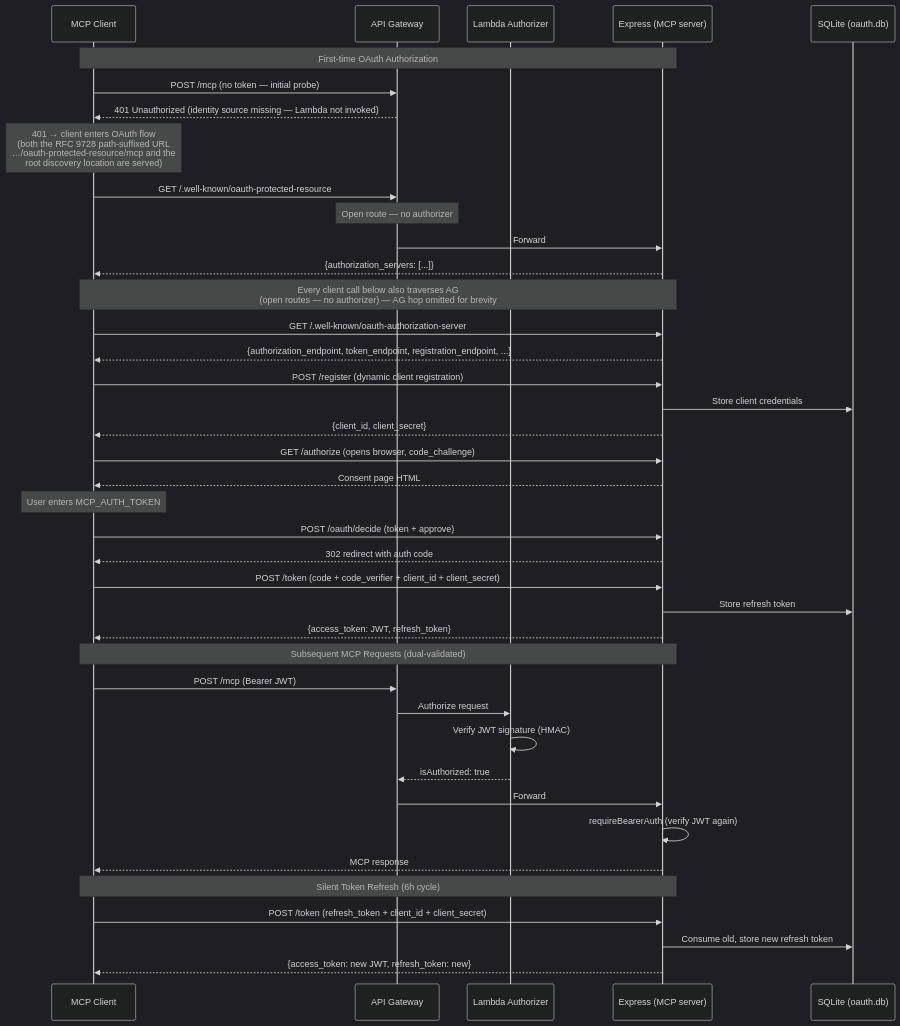
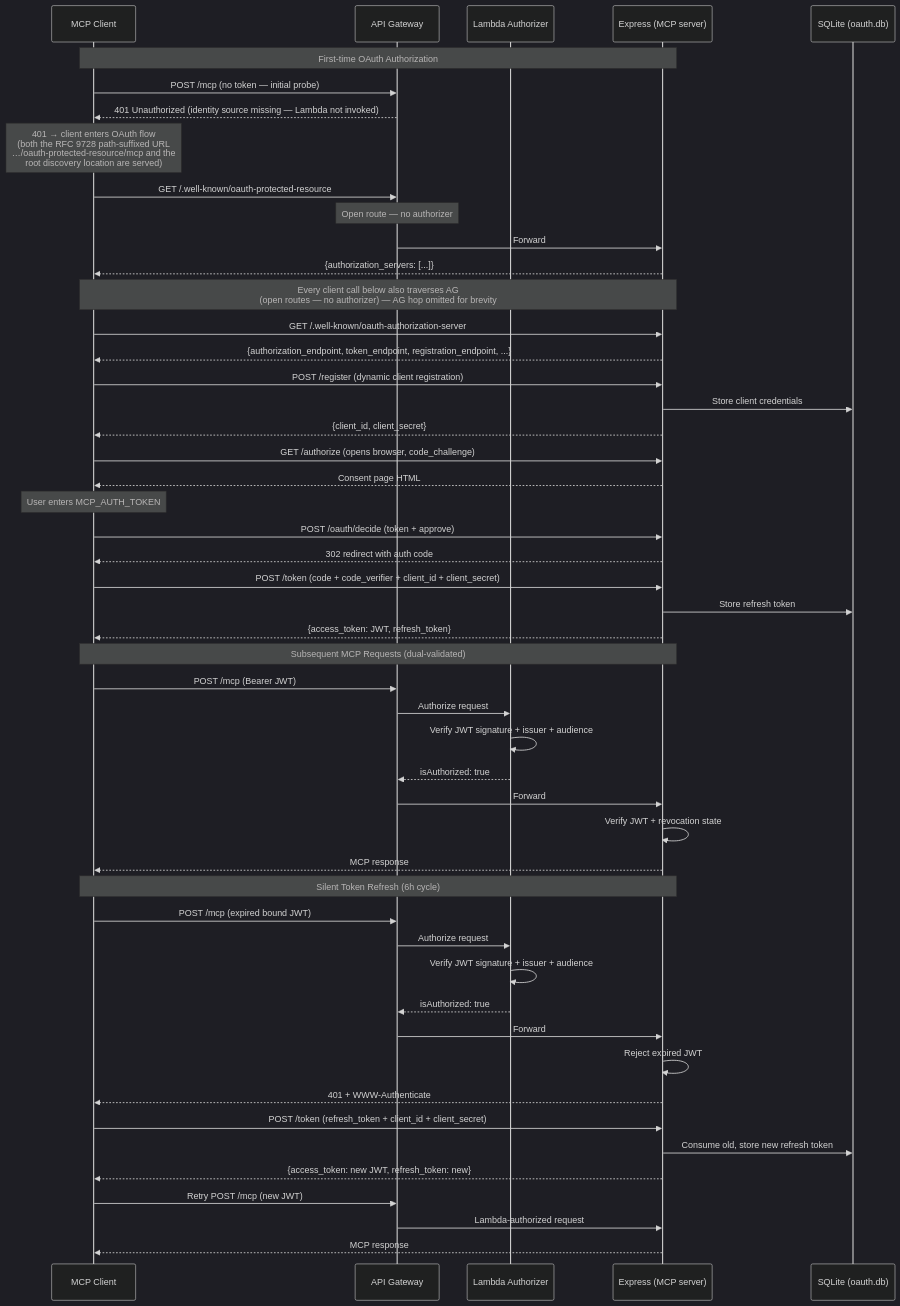
One commit to aliasunder/vault-cortex changed the fourth of 6 diagrams in ARCHITECTURE.md. Above: the diagram before and after it, drawn with Mermaid (dark theme). The commit also changed other lines of this file and 5 other files, not shown here.

Commit message:
fix(auth): challenge expired access tokens

````diff
--- a/ARCHITECTURE.md
+++ b/ARCHITECTURE.md
@@ -607,49 +612,59 @@
 ```mermaid
 sequenceDiagram
     participant C as MCP Client
     participant AG as API Gateway
     participant L as Lambda Authorizer
     participant E as Express (MCP server)
     participant DB as SQLite (oauth.db)
 
     Note over C,E: First-time OAuth Authorization
     C->>AG: POST /mcp (no token — initial probe)
     AG-->>C: 401 Unauthorized (identity source missing — Lambda not invoked)
     Note over C: 401 → client enters OAuth flow<br/>(both the RFC 9728 path-suffixed URL<br/>…/oauth-protected-resource/mcp and the<br/>root discovery location are served)
     C->>AG: GET /.well-known/oauth-protected-resource
     Note over AG: Open route — no authorizer
     AG->>E: Forward
     E-->>C: {authorization_servers: [...]}
 
     Note over C,E: Every client call below also traverses AG<br/>(open routes — no authorizer) — AG hop omitted for brevity
     C->>E: GET /.well-known/oauth-authorization-server
     E-->>C: {authorization_endpoint, token_endpoint, registration_endpoint, ...}
 
     C->>E: POST /register (dynamic client registration)
     E->>DB: Store client credentials
     E-->>C: {client_id, client_secret}
 
     C->>E: GET /authorize (opens browser, code_challenge)
     E-->>C: Consent page HTML
     Note over C: User enters MCP_AUTH_TOKEN
     C->>E: POST /oauth/decide (token + approve)
     E-->>C: 302 redirect with auth code
 
     C->>E: POST /token (code + code_verifier + client_id + client_secret)
     E->>DB: Store refresh token
     E-->>C: {access_token: JWT, refresh_token}
 
     Note over C,E: Subsequent MCP Requests (dual-validated)
     C->>AG: POST /mcp (Bearer JWT)
     AG->>L: Authorize request
-    L->>L: Verify JWT signature (HMAC)
+    L->>L: Verify JWT signature + issuer + audience
     L-->>AG: isAuthorized: true
     AG->>E: Forward
-    E->>E: requireBearerAuth (verify JWT again)
+    E->>E: Verify JWT + revocation state
     E-->>C: MCP response
 
     Note over C,E: Silent Token Refresh (6h cycle)
+    C->>AG: POST /mcp (expired bound JWT)
+    AG->>L: Authorize request
+    L->>L: Verify JWT signature + issuer + audience
+    L-->>AG: isAuthorized: true
+    AG->>E: Forward
+    E->>E: Reject expired JWT
+    E-->>C: 401 + WWW-Authenticate
     C->>E: POST /token (refresh_token + client_id + client_secret)
     E->>DB: Consume old, store new refresh token
     E-->>C: {access_token: new JWT, refresh_token: new}
+    C->>AG: Retry POST /mcp (new JWT)
+    AG->>E: Lambda-authorized request
+    E-->>C: MCP response
 ```
````
